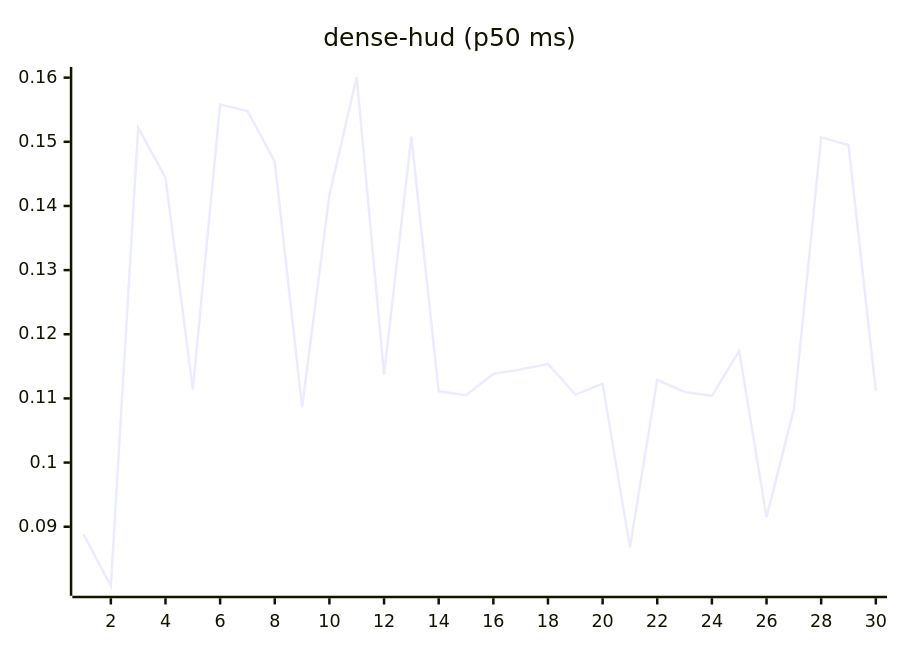
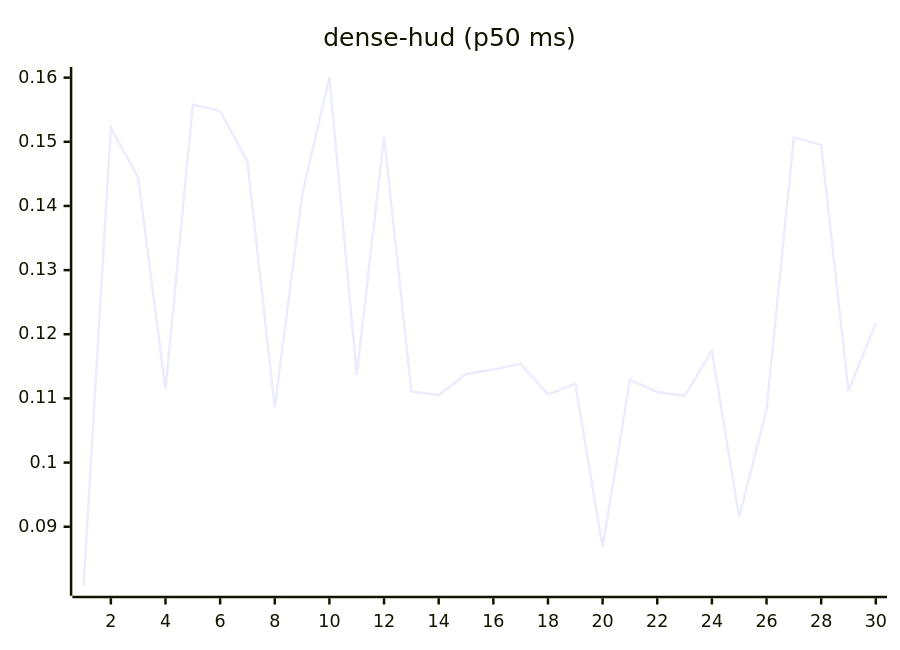
The eighth of 27 diagrams in README.md (josha/Facet), drawn with Mermaid before and after one commit. The commit also changed other lines of this file and 2 other files, not shown here.

````diff
--- a/README.md
+++ b/README.md
@@ -112,6 +112,6 @@
 ```mermaid
 xychart-beta
     title "dense-hud (p50 ms)"
     x-axis 1 --> 30
-    line [0.0888, 0.0808, 0.1522, 0.1444, 0.1114, 0.1558, 0.1548, 0.1469, 0.1086, 0.1417, 0.1601, 0.1137, 0.1508, 0.1111, 0.1105, 0.1138, 0.1145, 0.1154, 0.1106, 0.1123, 0.0868, 0.1129, 0.1110, 0.1104, 0.1174, 0.0915, 0.1083, 0.1507, 0.1495, 0.1112]
+    line [0.0808, 0.1522, 0.1444, 0.1114, 0.1558, 0.1548, 0.1469, 0.1086, 0.1417, 0.1601, 0.1137, 0.1508, 0.1111, 0.1105, 0.1138, 0.1145, 0.1154, 0.1106, 0.1123, 0.0868, 0.1129, 0.1110, 0.1104, 0.1174, 0.0915, 0.1083, 0.1507, 0.1495, 0.1112, 0.1217]
 ```
````
